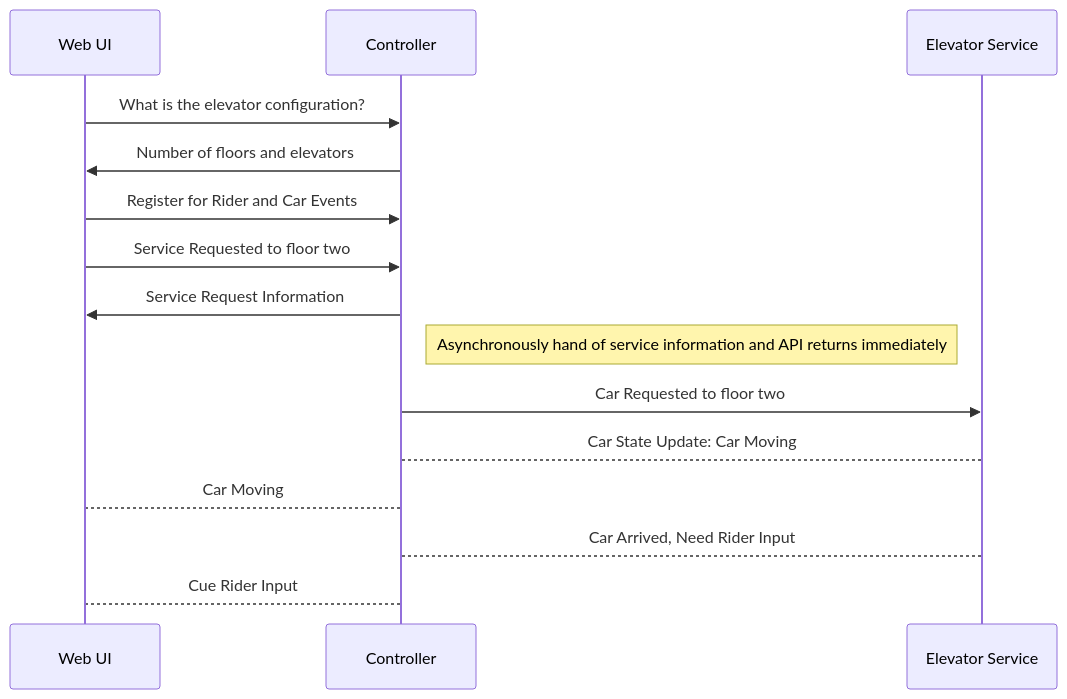
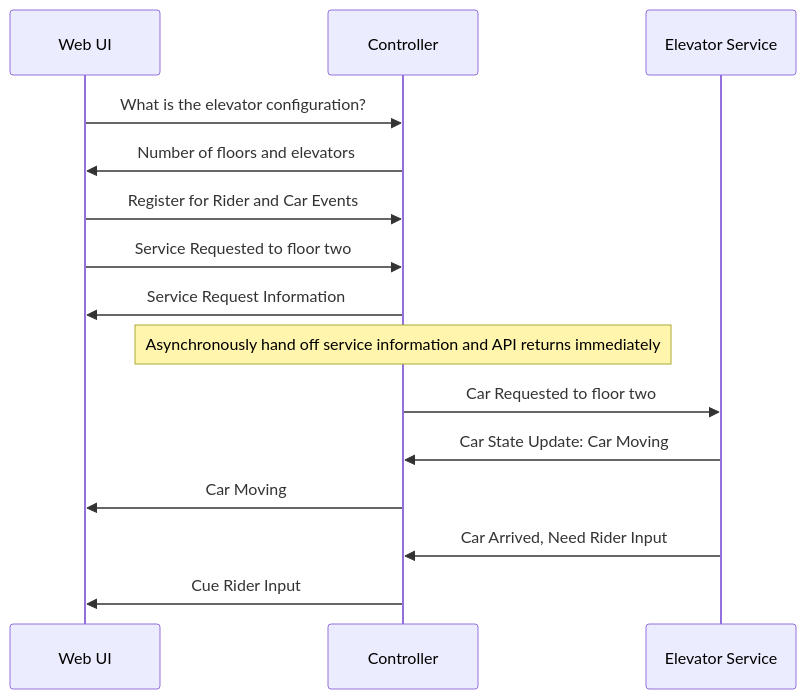
One commit to zglueck/elevator changed the diagram in README.md. Above: the diagram before and after it, drawn with Mermaid. The commit also changed other lines of this file, not shown here.

Commit message:
Cleanup README

````diff
--- a/README.md
+++ b/README.md
@@ -47,14 +47,14 @@
 ```mermaid
 sequenceDiagram
 Web UI->>Controller: What is the elevator configuration?
 Controller->>Web UI: Number of floors and elevators
 Web UI->>Controller: Register for Rider and Car Events
 Web UI->>Controller: Service Requested to floor two
 Controller->>Web UI: Service Request Information
-Note right of Controller: Asynchronously hand of service information and API returns immediately
+Note over Controller: Asynchronously hand off service information and API returns immediately
 Controller->>Elevator Service: Car Requested to floor two
-Elevator Service-->Controller: Car State Update: Car Moving
-Controller-->Web UI: Car Moving
-Elevator Service-->Controller: Car Arrived, Need Rider Input
-Controller-->Web UI: Cue Rider Input
+Elevator Service->>Controller: Car State Update: Car Moving
+Controller->>Web UI: Car Moving
+Elevator Service->>Controller: Car Arrived, Need Rider Input
+Controller->>Web UI: Cue Rider Input
 ```
````
